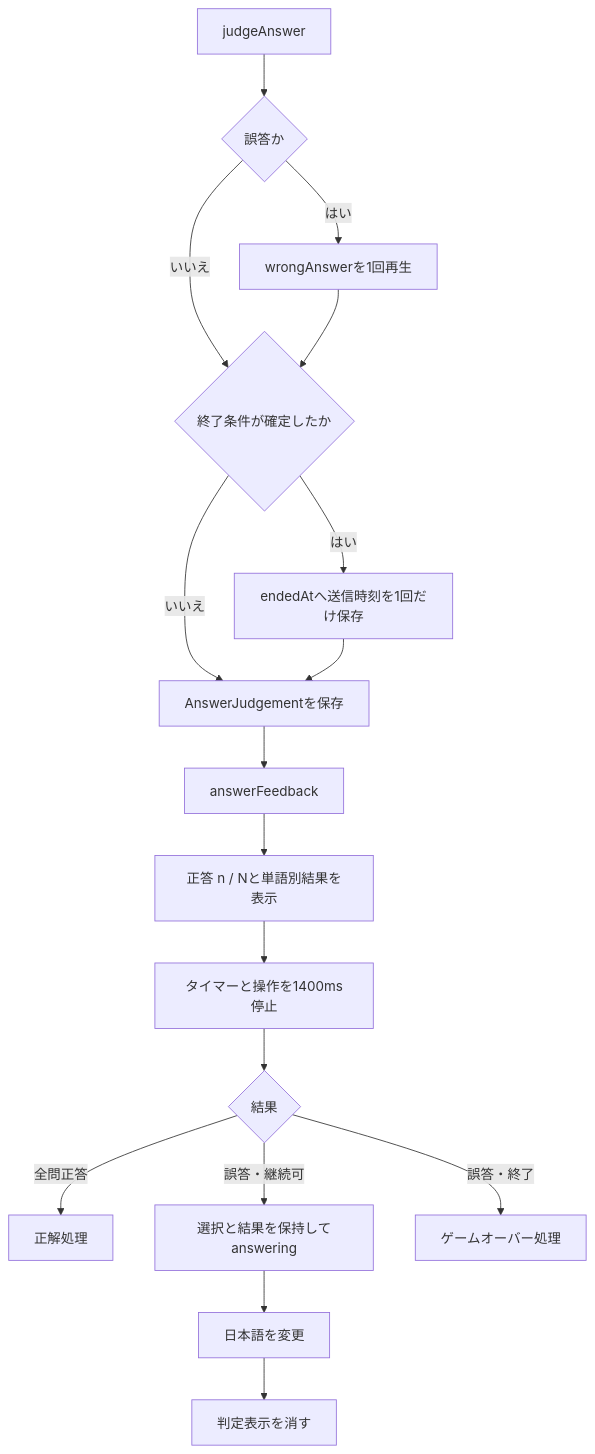
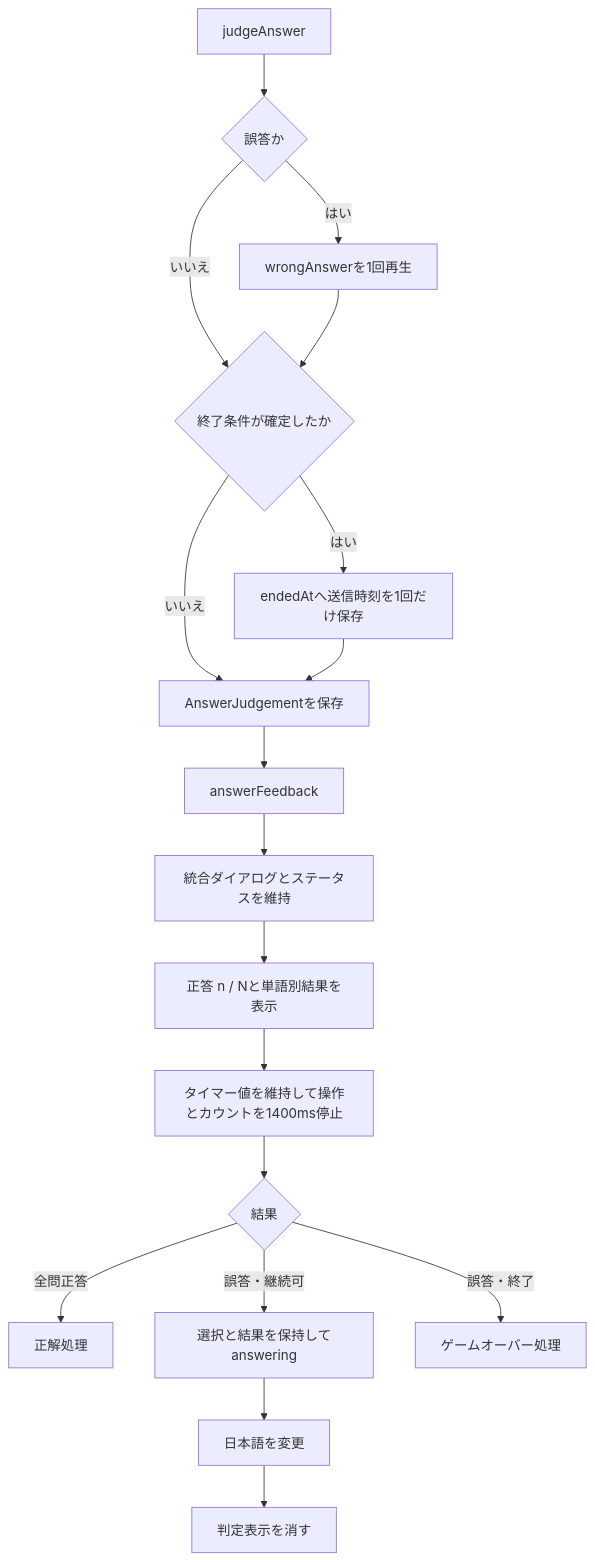
The ninth of 13 diagrams in docs/project-flow.md (lycanthr0pes/language-deciphering-game), drawn with Mermaid before and after one commit. The commit also changed other lines of this file and 40 other files, not shown here.

````diff
--- a/docs/project-flow.md
+++ b/docs/project-flow.md
@@ -191,19 +198,20 @@
 ```mermaid
 flowchart TD
     A[judgeAnswer] --> A1{誤答か}
     A1 -->|はい| A4[wrongAnswerを1回再生]
     A1 -->|いいえ| A2{終了条件が確定したか}
     A4 --> A2
     A2 -->|はい| A3[endedAtへ送信時刻を1回だけ保存]
     A2 -->|いいえ| B[AnswerJudgementを保存]
     A3 --> B
     B --> C[answerFeedback]
-    C --> D[正答 n / Nと単語別結果を表示]
-    D --> E[タイマーと操作を1400ms停止]
-    E --> F{結果}
-    F -->|全問正答| G[正解処理]
-    F -->|誤答・継続可| H[選択と結果を保持してanswering]
-    F -->|誤答・終了| I[ゲームオーバー処理]
-    H --> J[日本語を変更]
-    J --> K[判定表示を消す]
+    C --> D[統合ダイアログとステータスを維持]
+    D --> E[正答 n / Nと単語別結果を表示]
+    E --> F[タイマー値を維持して操作とカウントを1400ms停止]
+    F --> G{結果}
+    G -->|全問正答| H[正解処理]
+    G -->|誤答・継続可| I[選択と結果を保持してanswering]
+    G -->|誤答・終了| J[ゲームオーバー処理]
+    I --> K[日本語を変更]
+    K --> L[判定表示を消す]
 ```
````
